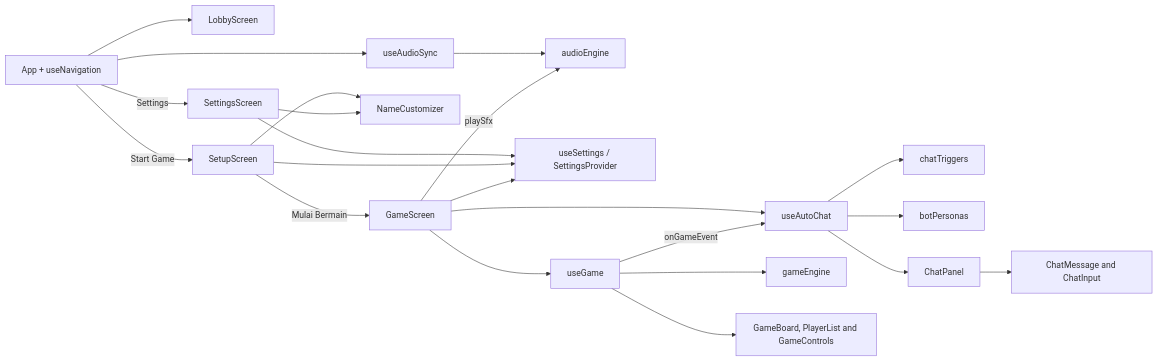
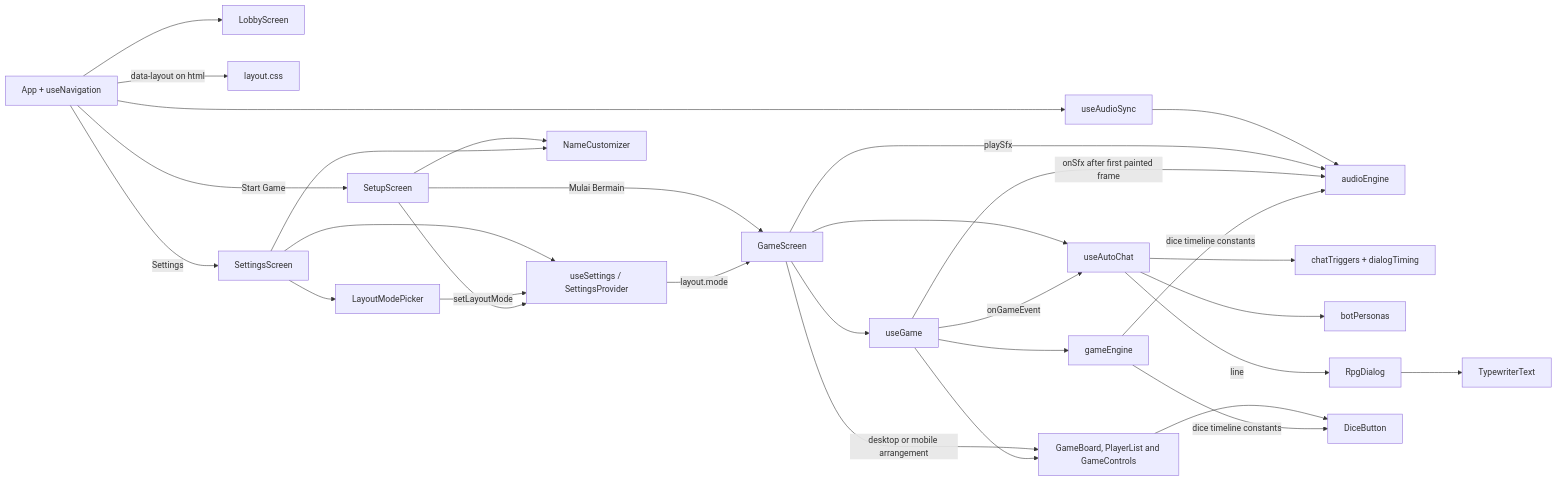
Before and after one commit to Wy07-ai/snake-and-ladder: the diagram in ARCHITECTURE.md, drawn with Mermaid. The commit also changed other lines of this file and 29 other files, not shown here.

Commit message:
feat: transform chat to RPG dialog box, add display mode toggle, and polish dice animation

````diff
--- a/ARCHITECTURE.md
+++ b/ARCHITECTURE.md
@@ -57,24 +68,32 @@
 ```mermaid
 flowchart LR
     A[App + useNavigation] --> L[LobbyScreen]
     A --> AU[useAudioSync]
     AU --> AE[audioEngine]
+    A -->|data-layout on html| LY[layout.css]
     A -->|Settings| ST[SettingsScreen]
     ST --> SP[useSettings / SettingsProvider]
+    ST --> LM[LayoutModePicker]
+    LM -->|setLayoutMode| SP
     A -->|Start Game| SU[SetupScreen]
     SU --> SP
     SU --> NC[NameCustomizer]
     ST --> NC
     SU -->|Mulai Bermain| GS[GameScreen]
-    GS --> SP
+    SP -->|layout.mode| GS
+    GS -->|desktop or mobile arrangement| I
     GS -->|playSfx| AE
     GS --> B[useGame]
     GS --> C[useAutoChat]
     B -->|onGameEvent| C
+    B -->|onSfx after first painted frame| AE
     B --> D[gameEngine]
-    C --> E[chatTriggers]
+    C --> E[chatTriggers + dialogTiming]
     C --> F[botPersonas]
-    C --> G[ChatPanel]
-    G --> H[ChatMessage and ChatInput]
+    C -->|line| G[RpgDialog]
+    G --> H[TypewriterText]
     B --> I[GameBoard, PlayerList and GameControls]
+    I --> DB[DiceButton]
+    D -->|dice timeline constants| DB
+    D -->|dice timeline constants| AE
 ```
````
